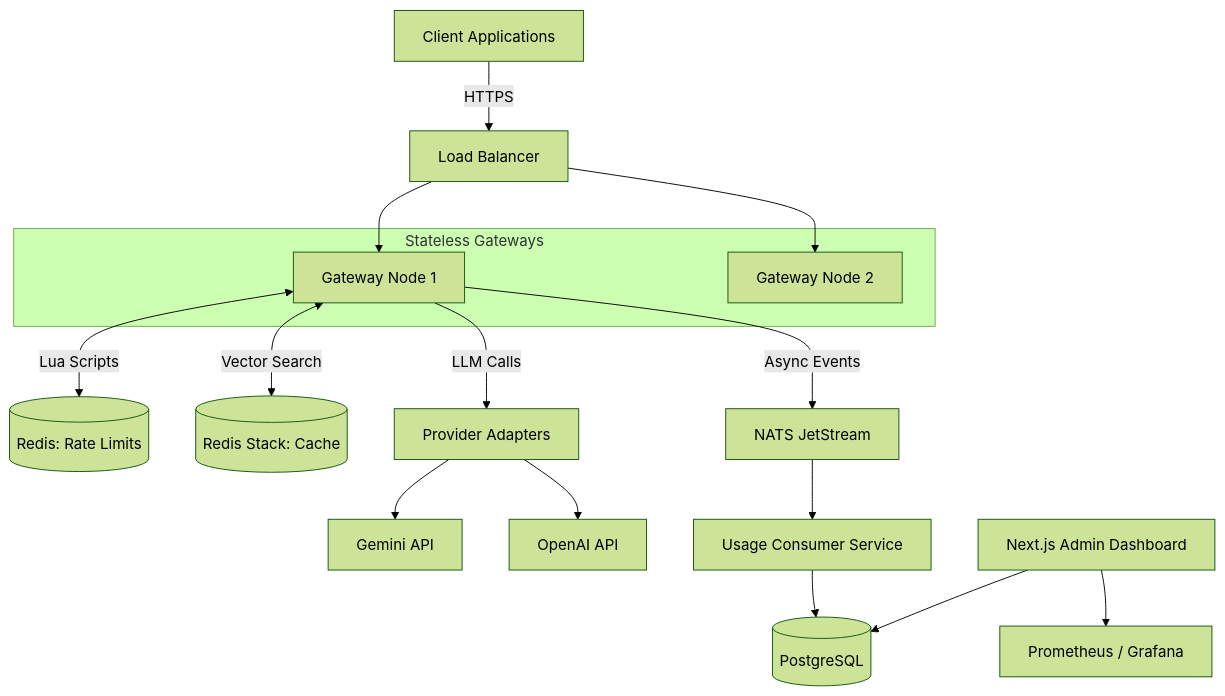
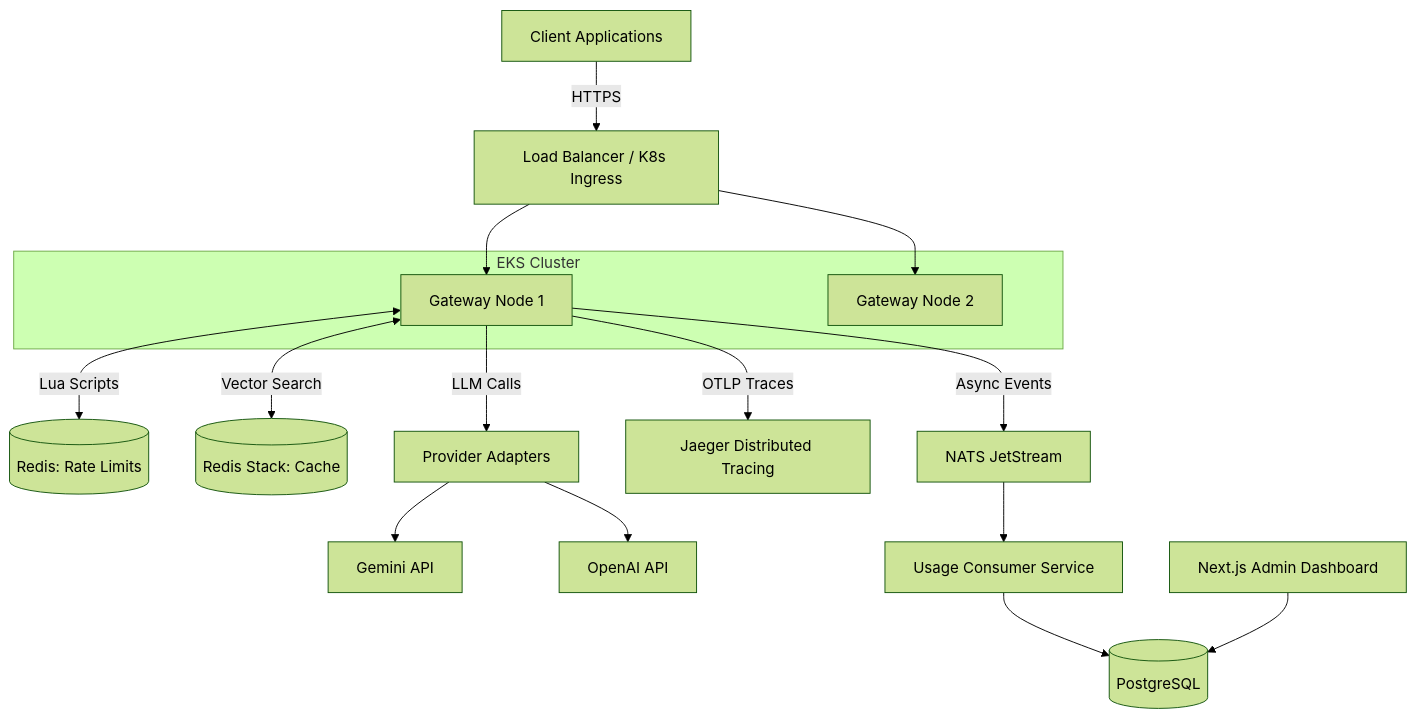
Before and after one commit to Paramveersingh-S/GateKeeper: the diagram in README.md, drawn with Mermaid (forest theme). The commit also changed other lines of this file, not shown here.

Commit message:
Update README with latest features, architecture diagram, and badges

````diff
--- a/README.md
+++ b/README.md
@@ -37,25 +38,25 @@
 ```mermaid
 graph TD
-    Client[Client Applications] -->|HTTPS| LB[Load Balancer]
+    Client[Client Applications] -->|HTTPS| LB[Load Balancer / K8s Ingress]
     LB --> GW1[Gateway Node 1]
     LB --> GW2[Gateway Node 2]
     
-    subgraph Stateless Gateways
+    subgraph EKS Cluster
     GW1
     GW2
     end
     
     GW1 <-->|Lua Scripts| Redis[(Redis: Rate Limits)]
     GW1 <-->|Vector Search| Cache[(Redis Stack: Cache)]
     GW1 -->|Async Events| NATS[NATS JetStream]
+    GW1 -->|OTLP Traces| Jaeger[Jaeger Distributed Tracing]
     
     GW1 -->|LLM Calls| Adapters[Provider Adapters]
     Adapters --> Gemini[Gemini API]
     Adapters --> OpenAI[OpenAI API]
     
     NATS --> Consumer[Usage Consumer Service]
     Consumer --> Postgres[(PostgreSQL)]
     
     Admin[Next.js Admin Dashboard] --> Postgres
-    Admin --> Prometheus[Prometheus / Grafana]
 ```
````
